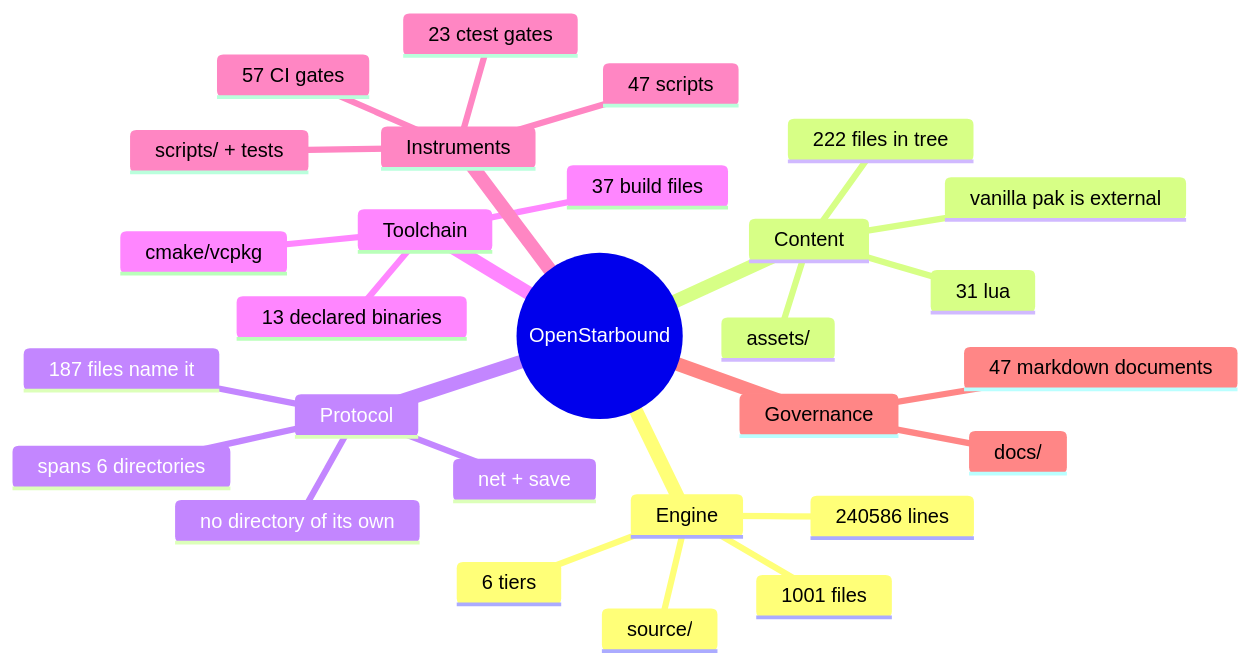
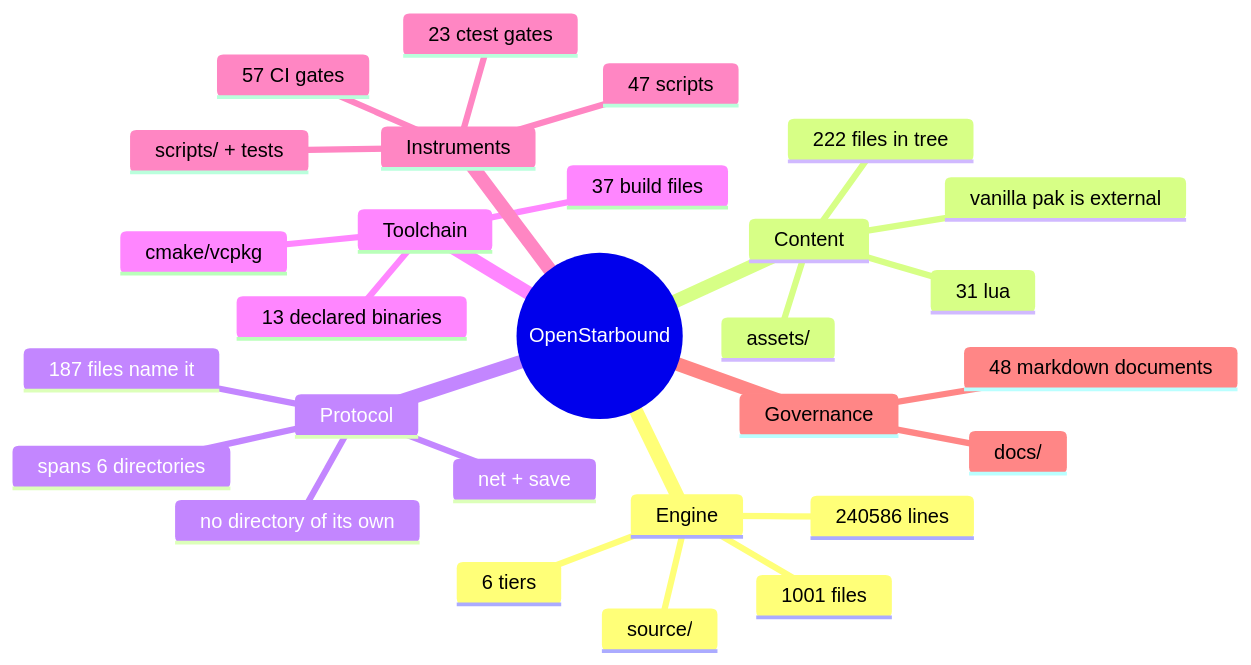
One commit to apnex/OpenStarbound changed the second of 11 diagrams in docs/architecture/system-boundaries.md. Above: the diagram before and after it, drawn with Mermaid. The commit also changed 2 other files, not shown here.

````diff
--- a/docs/architecture/system-boundaries.md
+++ b/docs/architecture/system-boundaries.md
@@ -166,31 +166,31 @@
 ```mermaid
 mindmap
   root((OpenStarbound))
     Engine
       source/
       1001 files
       240586 lines
       6 tiers
     Content
       assets/
       222 files in tree
       31 lua
       vanilla pak is external
     Protocol
       net + save
       187 files name it
       spans 6 directories
       no directory of its own
     Toolchain
       cmake/vcpkg
       37 build files
       13 declared binaries
     Instruments
       scripts/ + tests
       47 scripts
       23 ctest gates
       57 CI gates
     Governance
       docs/
-      47 markdown documents
+      48 markdown documents
 ```
````
